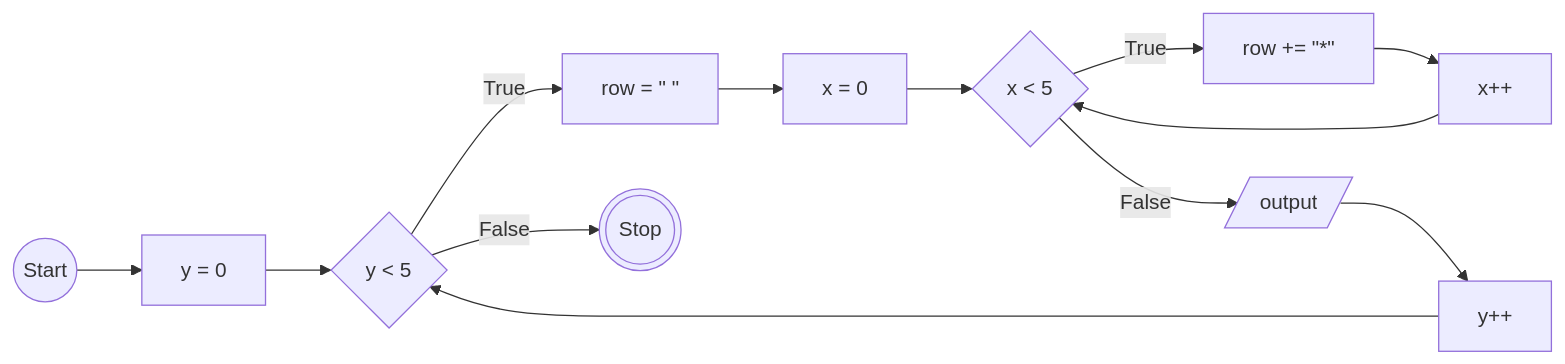
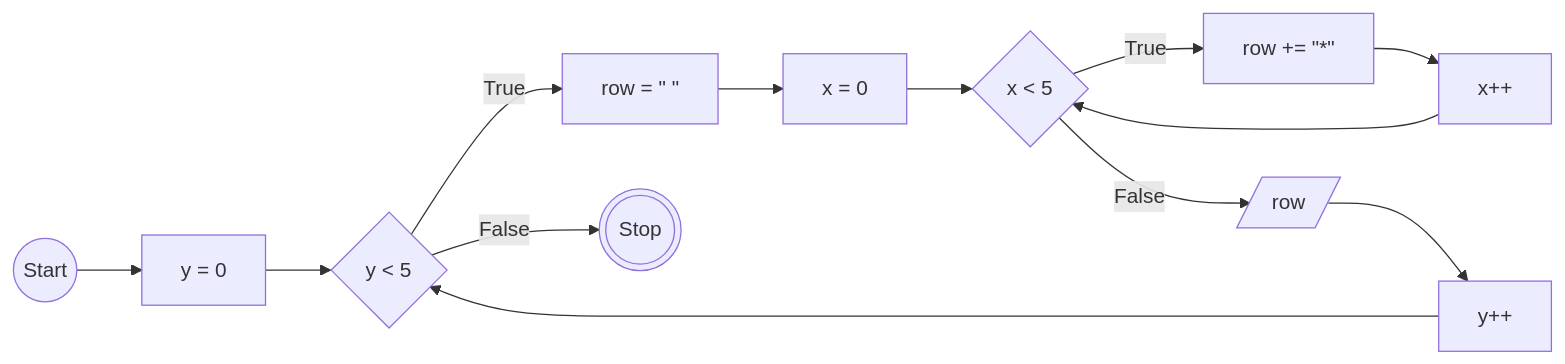
One commit to aldi-ardyansah/koda-b10-javascript3 changed the first of 2 diagrams in README.md. Above: the diagram before and after it, drawn with Mermaid. The commit also changed other lines of this file, not shown here.

````diff
--- a/README.md
+++ b/README.md
@@ -6,27 +6,27 @@
 ```mermaid
 flowchart LR
     A((Start))
     B[y = 0]
     C{y < 5}
     D[row = #quot; #quot;]
     E[x = 0]
     F{x < 5}
     G[row += #quot;*#quot;]
     H[x++]
-    I[/output/]
+    I[/row/]
     J[y++]
     Z(((Stop)))
 
     A --> B
     B --> C
     C --True--> D
     D --> E
     E --> F
     F --True--> G
     G --> H
     H --> F
     F --False--> I
     C --False--> Z
     I --> J
     J --> C
 ```
````
